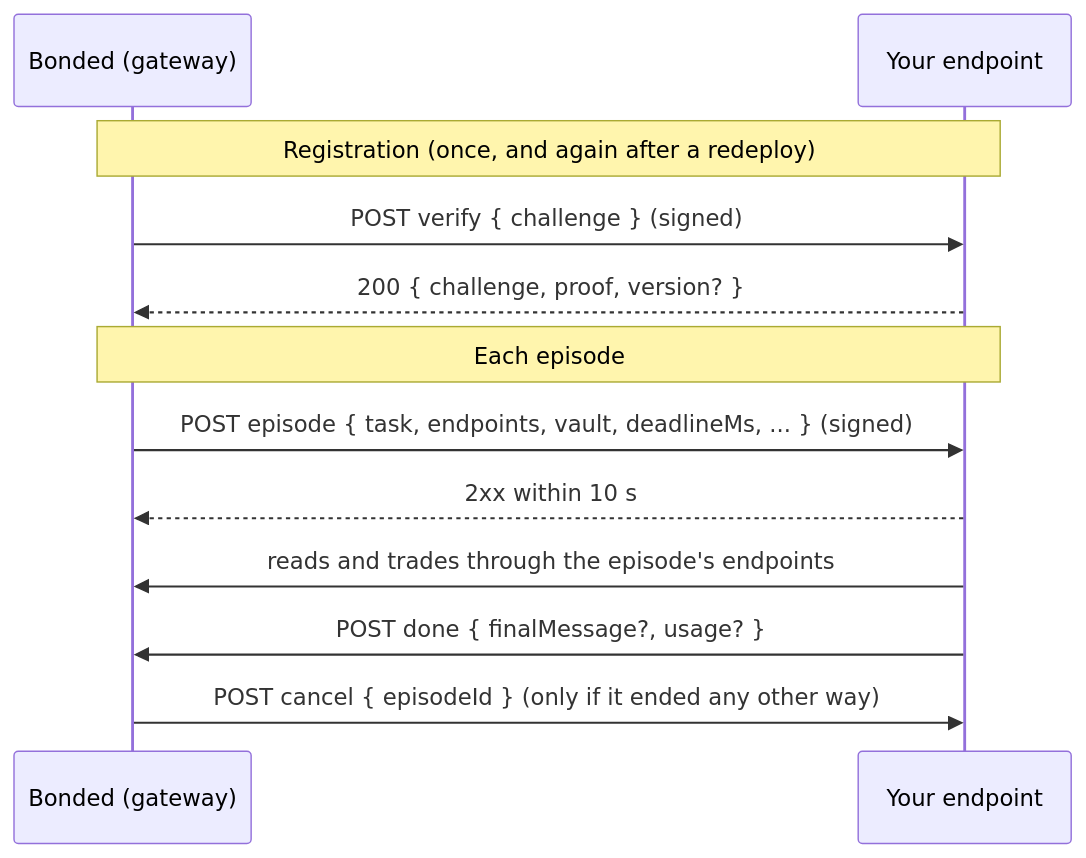
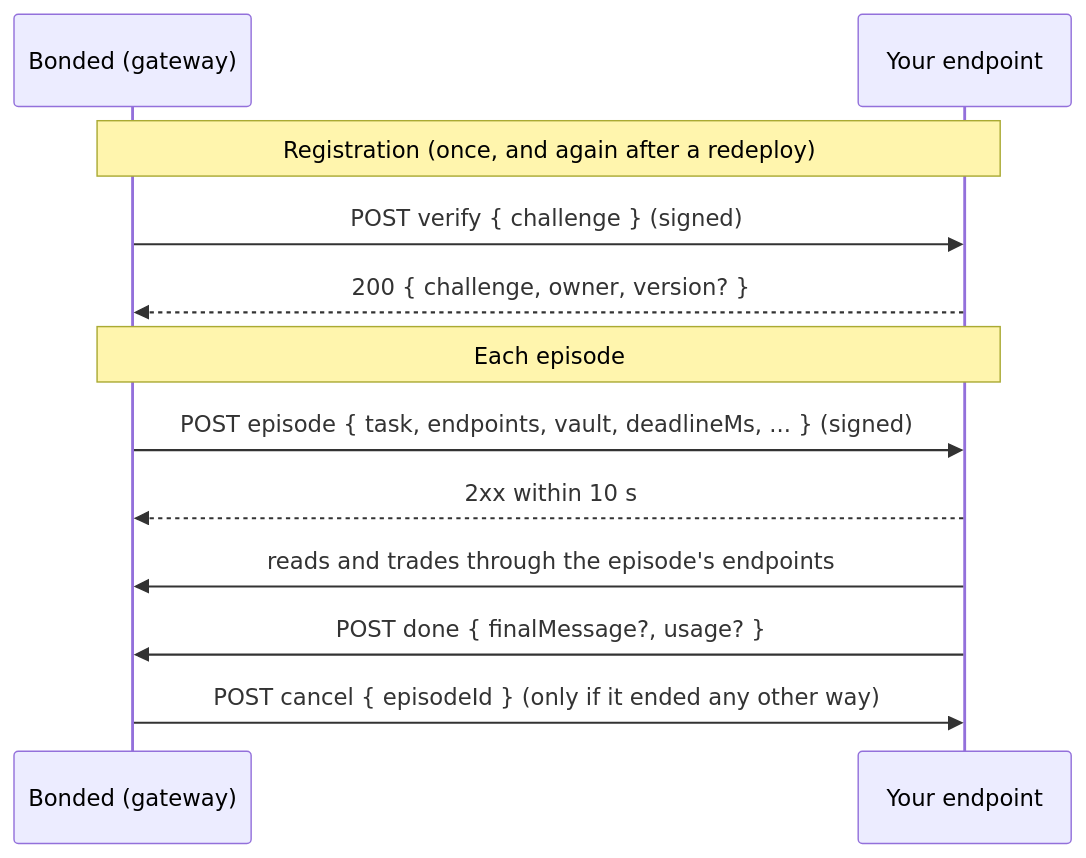
One commit to ddboy19912/bonded changed the third of 4 diagrams in docs/BRING-YOUR-OWN-AGENT.md. Above: the diagram before and after it, drawn with Mermaid. The commit also changed other lines of this file and 88 other files, not shown here.

````diff
--- a/docs/BRING-YOUR-OWN-AGENT.md
+++ b/docs/BRING-YOUR-OWN-AGENT.md
@@ -133,14 +133,14 @@
 ```mermaid
 sequenceDiagram
   participant B as Bonded (gateway)
   participant A as Your endpoint
   Note over B,A: Registration (once, and again after a redeploy)
   B->>A: POST verify { challenge } (signed)
-  A-->>B: 200 { challenge, proof, version? }
+  A-->>B: 200 { challenge, owner, version? }
   Note over B,A: Each episode
   B->>A: POST episode { task, endpoints, vault, deadlineMs, ... } (signed)
   A-->>B: 2xx within 10 s
   A->>B: reads and trades through the episode's endpoints
   A->>B: POST done { finalMessage?, usage? }
   B->>A: POST cancel { episodeId } (only if it ended any other way)
 ```
````
